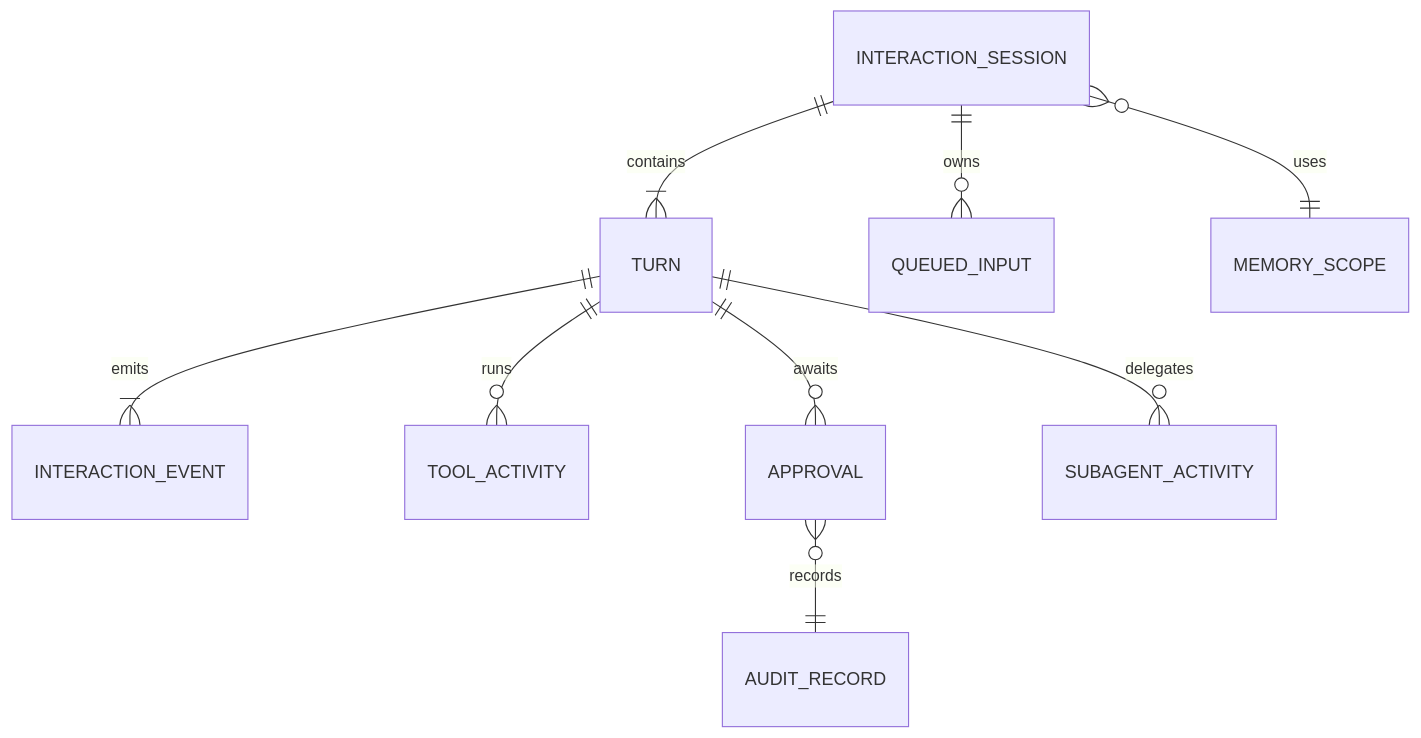
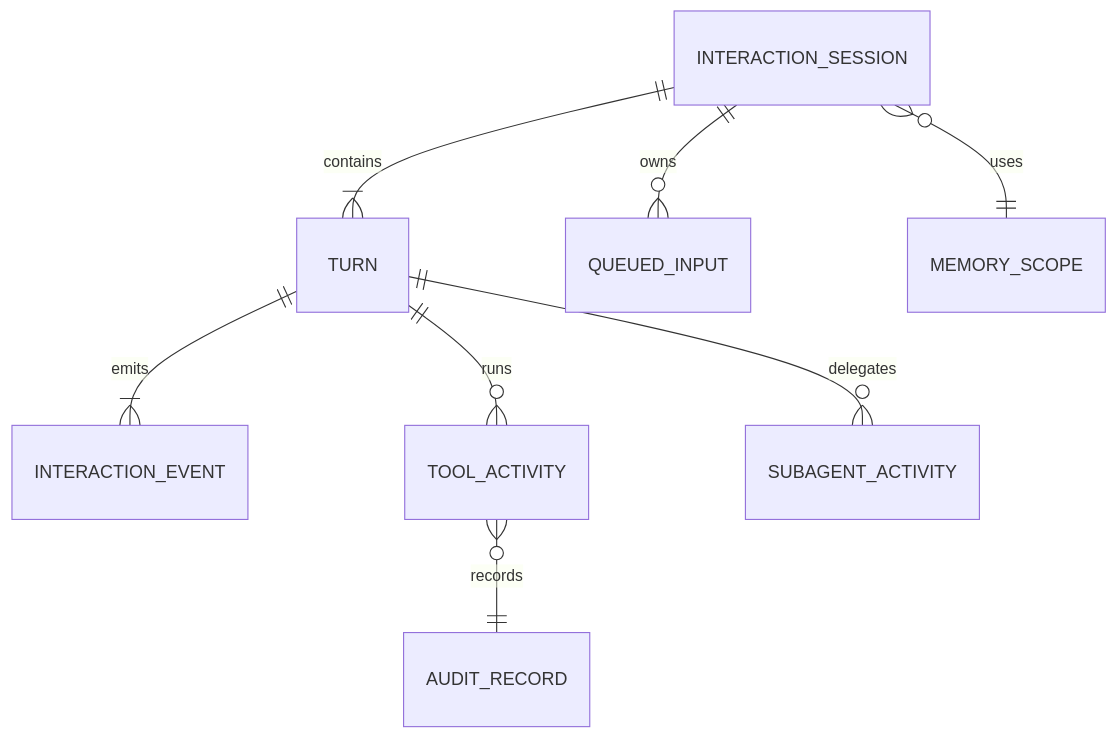
The second of 4 diagrams in docs/architecture/interaction-runtime-prd.md (Zanetach/beemax), drawn with Mermaid before and after one commit. The commit also changed other lines of this file and 95 other files, not shown here.

Commit message:
feat(governance): remove tool approval workflow

````diff
--- a/docs/architecture/interaction-runtime-prd.md
+++ b/docs/architecture/interaction-runtime-prd.md
@@ -174,11 +177,10 @@
 ```mermaid
 erDiagram
   INTERACTION_SESSION ||--|{ TURN : contains
   TURN ||--|{ INTERACTION_EVENT : emits
   TURN ||--o{ TOOL_ACTIVITY : runs
-  TURN ||--o{ APPROVAL : awaits
   TURN ||--o{ SUBAGENT_ACTIVITY : delegates
   INTERACTION_SESSION ||--o{ QUEUED_INPUT : owns
-  APPROVAL }o--|| AUDIT_RECORD : records
+  TOOL_ACTIVITY }o--|| AUDIT_RECORD : records
   INTERACTION_SESSION }o--|| MEMORY_SCOPE : uses
 ```
````
